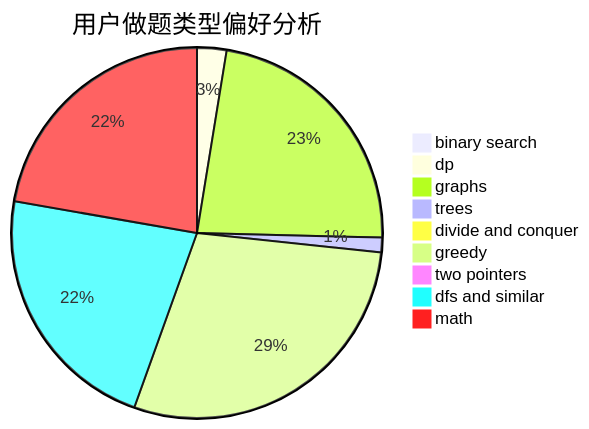
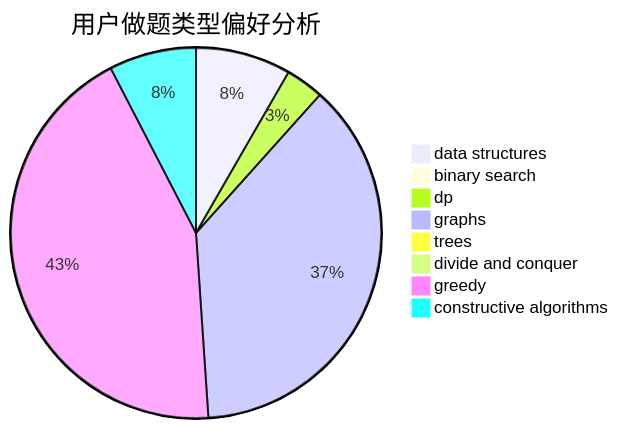
Before and after one commit to sherpahu/cfrs.github.io: the second of 3 diagrams in docs/user/u770.md, drawn with Mermaid. The commit also changed other lines of this file and 2775 other files, not shown here.

````diff
--- a/docs/user/u770.md
+++ b/docs/user/u770.md
@@ -23,12 +23,11 @@
 ```mermaid
 pie title 用户做题类型偏好分析
-    "binary search" :  2
-    "dp" :  18
-    "graphs" :  160
-    "trees" :  9
+    "data structures" :  35
+    "binary search" :  0
+    "dp" :  14
+    "graphs" :  157
+    "trees" :  1
     "divide and conquer" :  0
-    "greedy" :  202
-    "two pointers" :  0
-    "dfs and similar" :  156
-    "math" :  156
+    "greedy" :  183
+    "constructive algorithms" :  32
 ```
````
